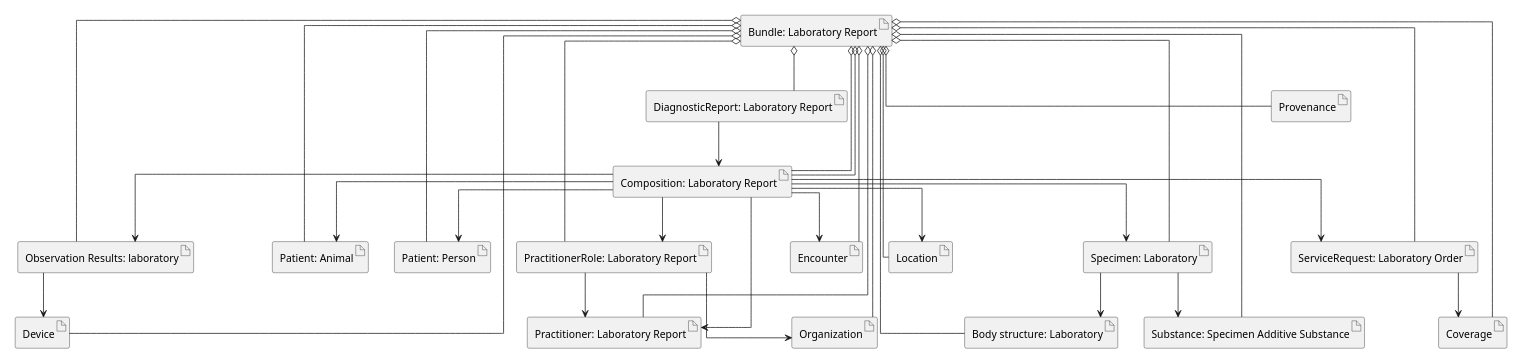
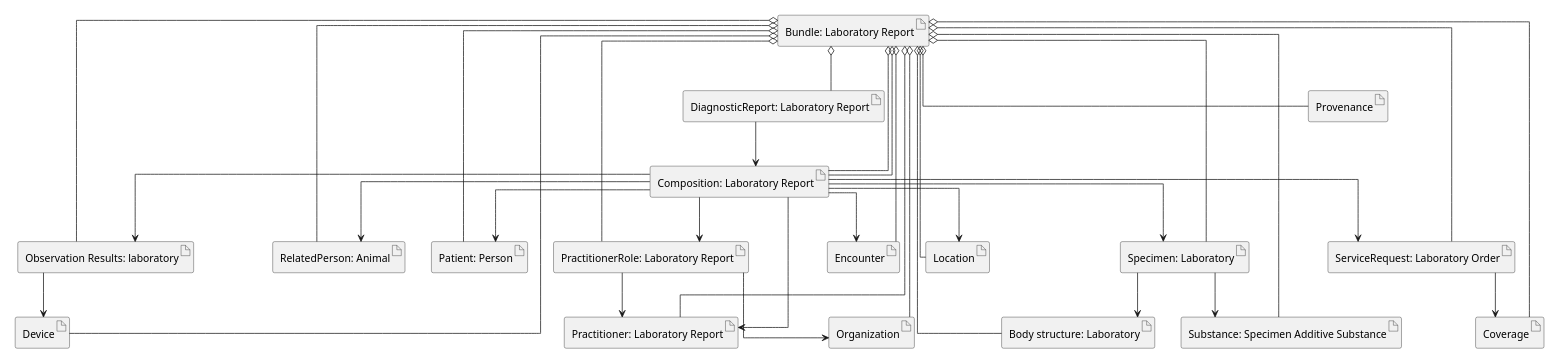
Before and after one commit to hl7-eu/laboratory: the diagram in input/images-source/document-overview.plantuml, drawn with PlantUML. The commit also changed 1 other file, not shown here.

Commit message:
Update plantuml files to reference RelatedPerson: Animal instead of Patient: Animal

```diff
--- a/input/images-source/document-overview.plantuml
+++ b/input/images-source/document-overview.plantuml
@@ -1,80 +1,80 @@
 @startuml
 
 skinparam linetype ortho
 scale 0.5
 
 
 artifact "Bundle: Laboratory Report" as bundle
 artifact "Composition: Laboratory Report" as composition
 artifact "DiagnosticReport: Laboratory Report" as diagnosticReport
 artifact "Observation Results: laboratory" as result
-artifact "Patient: Animal" as animalPatient
+artifact "RelatedPerson: Animal" as animalSpecimen
 artifact "Patient: Person" as humanPatient
 artifact "Practitioner: Laboratory Report" as Practitioner
 artifact "PractitionerRole: Laboratory Report" as PractitionerRole
 artifact "ServiceRequest: Laboratory Order" as ServiceRequest
 artifact "Specimen: Laboratory" as Specimen
 artifact "Body structure: Laboratory" as bodyStructure
 artifact "Substance: Specimen Additive Substance" as Substance
 
 artifact Organization
 artifact Encounter
 artifact Location
 artifact Provenance
 artifact Coverage
 artifact Device
 
 
 url of bundle is  [[StructureDefinition-Bundle-eu-lab.html]]
 url of composition is  [[StructureDefinition-Composition-eu-lab.html]]
 url of diagnosticReport is  [[StructureDefinition-DiagnosticReport-eu-lab.html]]
 url of result [[StructureDefinition-Observation-resultslab-eu-lab.html]]
 url of humanPatient [[https://hl7.eu/fhir/base/StructureDefinition-patient-eu-core.html]]
-url of animalPatient [[StructureDefinition-Patient-animal-eu-lab.html]]
+url of animalSpecimen [[StructureDefinition-animal-specimen-eu-lab.html]]
 url of Practitioner [[https://hl7.eu/fhir/base/StructureDefinition-practitioner-eu-core.html]]
 url of PractitionerRole [[https://hl7.eu/fhir/base/StructureDefinition-practitionerRole-eu-core.html]]
 url of ServiceRequest [[StructureDefinition-ServiceRequest-eu-lab.html]]
 url of Specimen [[StructureDefinition-Specimen-eu-lab.html]]
 url of Substance [[StructureDefinition-Substance-additive-eu-lab.html]]
 url of bodyStructure [[https://hl7.eu/fhir/base/StructureDefinition-bodyStructure-eu-core.html]]
 
 bundle o-- composition
 bundle o-- diagnosticReport
 bundle o-- result
 bundle o-- humanPatient
-bundle o-- animalPatient
+bundle o-- animalSpecimen
 bundle o-- composition
 bundle o-- Practitioner
 bundle o-- PractitionerRole
 bundle o-- ServiceRequest
 bundle o-- Specimen
 bundle o-- Substance
 bundle o-- bodyStructure
 bundle o-- Organization
 bundle o-- Encounter
 bundle o-- Location
 bundle o-- Provenance
 bundle o-- Coverage
 bundle o-- Device
 
 composition --> result
-composition --> animalPatient
+composition --> animalSpecimen
 composition --> humanPatient
 composition --> Practitioner
 composition --> PractitionerRole
 composition --> ServiceRequest
 composition --> Specimen
 composition --> Location
 composition --> Encounter
 
 
 diagnosticReport --> composition
 Specimen --> Substance
 Specimen --> bodyStructure
 PractitionerRole --> Practitioner
 PractitionerRole --> Organization
 result --> Device
 ServiceRequest --> Coverage
 
 
 @enduml
```
